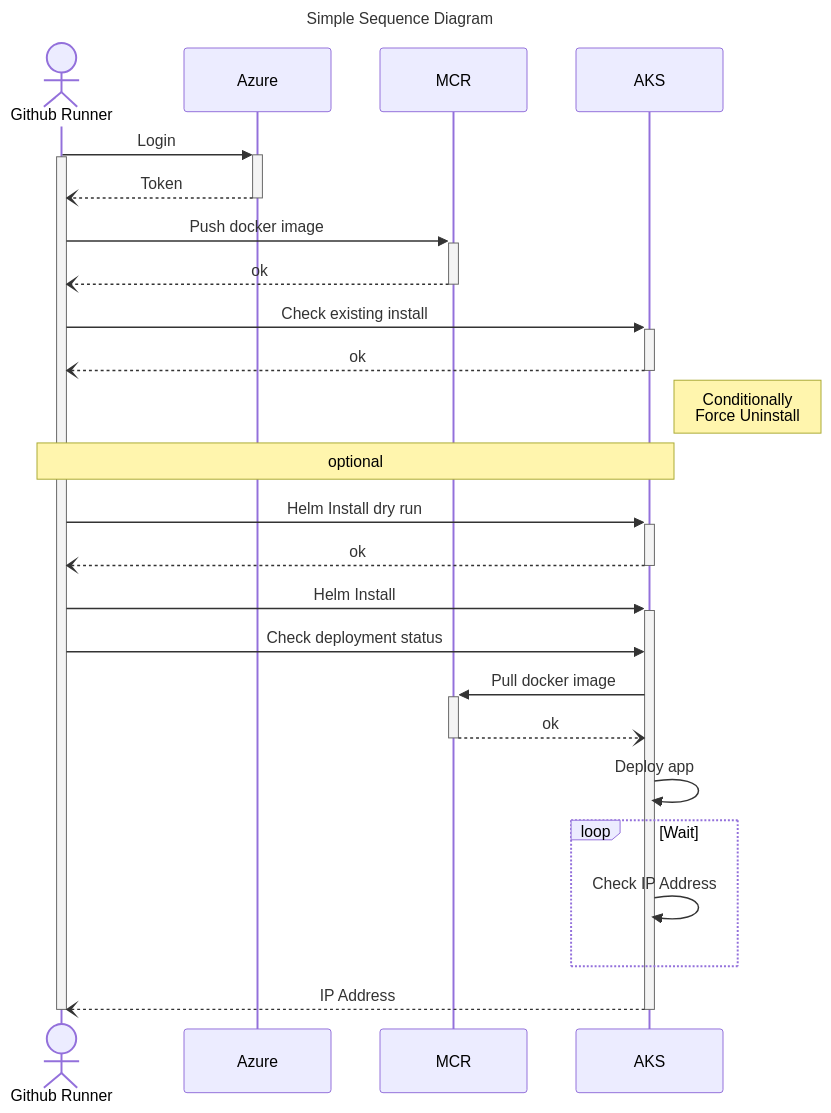
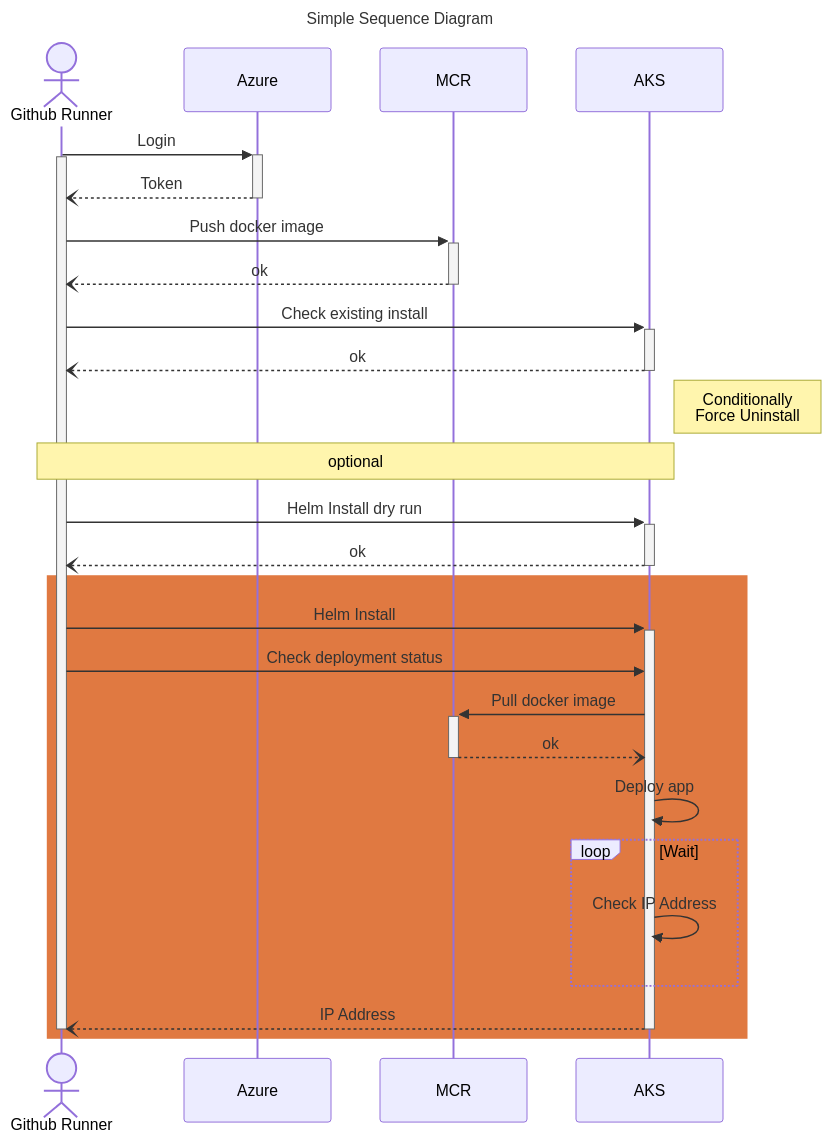
The diagram in examples/outputs/sequence_diagram.mmd (cuongnb14/mermaid-builder), drawn with Mermaid before and after one commit. The commit also changed 2 other files, not shown here.

Commit message:
add color rgb convert

```diff
--- a/examples/outputs/sequence_diagram.mmd
+++ b/examples/outputs/sequence_diagram.mmd
@@ -1,30 +1,32 @@
 ---
 title: Simple Sequence Diagram
 ---
 %%{init: {"theme": "light", "themeVariables": {"fontFamily": "Monospace"}}}%%
 sequenceDiagram
     actor Github Runner
     participant Azure
     participant MCR
     participant AKS
     Github Runner->>+Azure:Login
     activate Github Runner
     Azure--)-Github Runner:Token
     Github Runner->>+MCR:Push docker image
     MCR--)-Github Runner:ok
     Github Runner->>+AKS:Check existing install
     AKS--)-Github Runner:ok
     Note right of AKS: Conditionally<br/>Force Uninstall
     Note over Github Runner, AKS: optional
     Github Runner->>+AKS:Helm Install dry run
     AKS--)-Github Runner:ok
-    Github Runner->>+AKS:Helm Install
-    Github Runner->>AKS:Check deployment status
-    AKS->>+MCR:Pull docker image
-    MCR--)-AKS:ok
-    AKS->>AKS:Deploy app
-    loop Wait
-        AKS->>AKS:Check IP Address
+    rect rgb(224, 121, 65)
+        Github Runner->>+AKS:Helm Install
+        Github Runner->>AKS:Check deployment status
+        AKS->>+MCR:Pull docker image
+        MCR--)-AKS:ok
+        AKS->>AKS:Deploy app
+        loop Wait
+            AKS->>AKS:Check IP Address
+        end
+        AKS--)-Github Runner:IP Address
+        deactivate Github Runner
     end
-    AKS--)-Github Runner:IP Address
-    deactivate Github Runner
```
